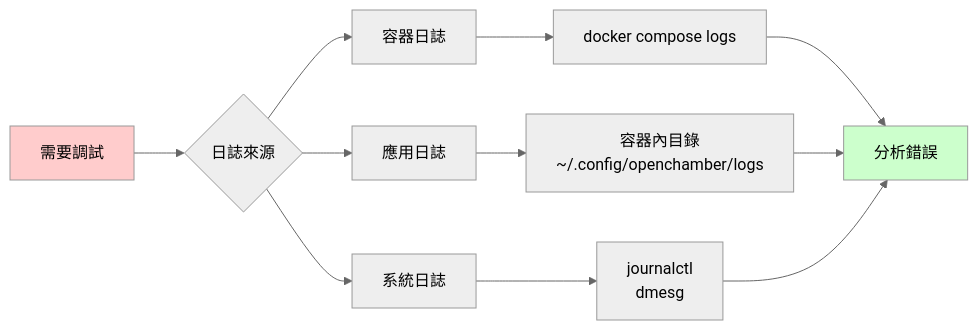
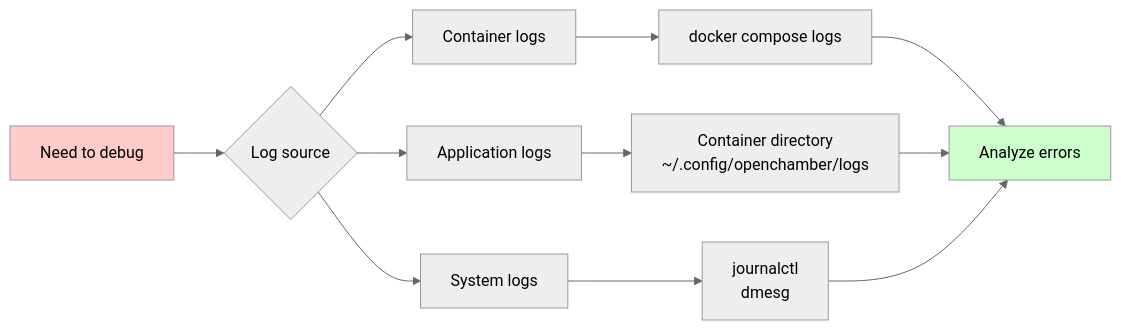
The eighth of 9 diagrams in docs/TROUBLESHOOTING.md (tryweb/ai-engkit), drawn with Mermaid (neutral theme) before and after one commit. The commit also changed other lines of this file and 14 other files, not shown here.

````diff
--- a/docs/TROUBLESHOOTING.md
+++ b/docs/TROUBLESHOOTING.md
@@ -488,19 +484,19 @@
 ```mermaid
 graph LR
-    A["需要調試"] --> B{"日誌來源"}
-    
-    B --> C["容器日誌"]
-    B --> D["應用日誌"]
-    B --> E["系統日誌"]
-    
+    A["Need to debug"] --> B{"Log source"}
+
+    B --> C["Container logs"]
+    B --> D["Application logs"]
+    B --> E["System logs"]
+
     C --> F["docker compose logs"]
-    D --> G["容器內目錄<br/>~/.config/openchamber/logs"]
+    D --> G["Container directory<br/>~/.config/openchamber/logs"]
     E --> H["journalctl<br/>dmesg"]
-    
-    F --> I["分析錯誤"]
+
+    F --> I["Analyze errors"]
     G --> I
     H --> I
-    
+
     style A fill:#ffcccc
     style I fill:#ccffcc
 ```
````
